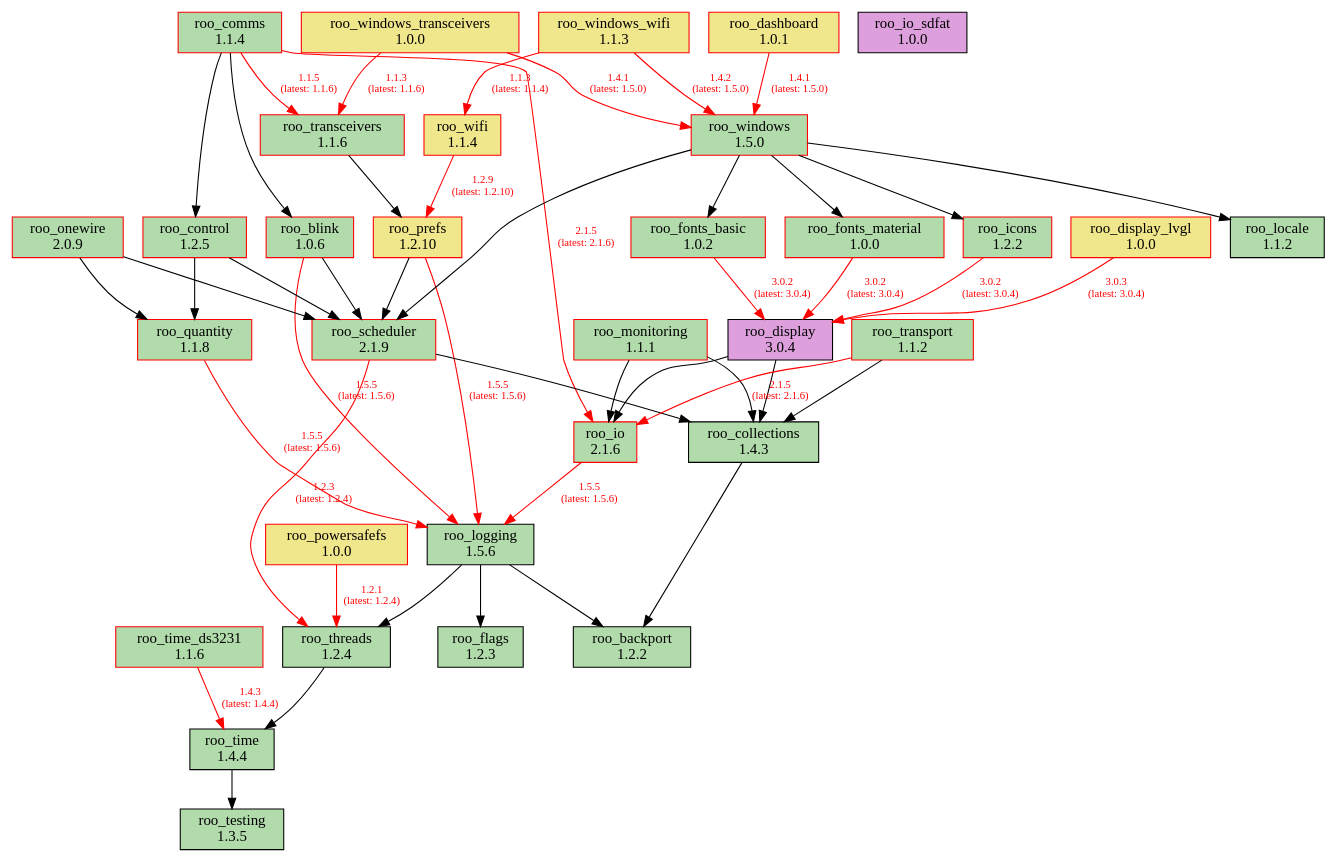
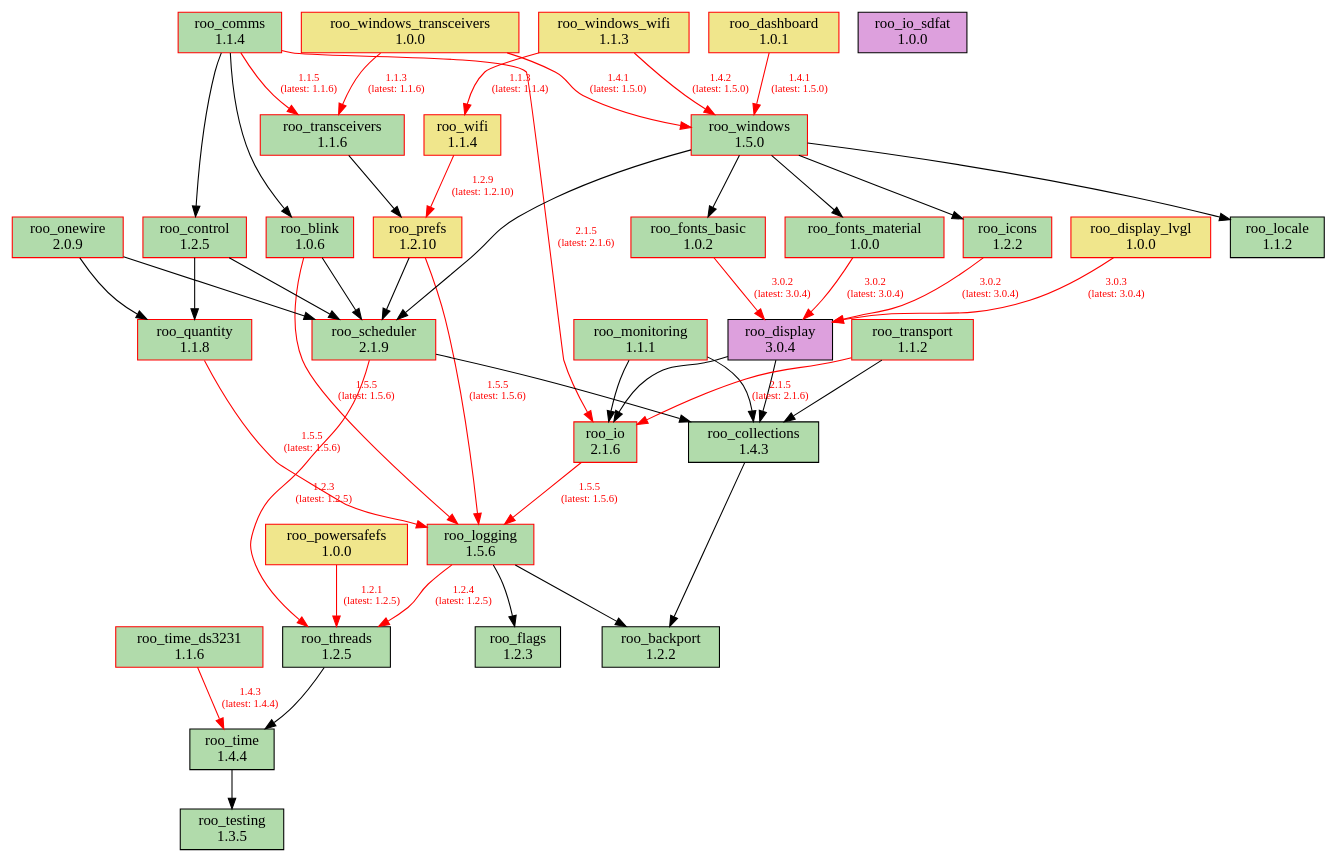
The diagram in doc/dependencies.dot (dejwk/roo-registry), drawn with Graphviz before and after one commit. The commit also changed 3 other files, not shown here.

Commit message:
Added roo_threads 1.2.5 to the registry.

```diff
--- a/doc/dependencies.dot
+++ b/doc/dependencies.dot
@@ -1,87 +1,87 @@
 digraph dependencies {
     rankdir=TB;
     node [shape=box, style=filled];
     edge [fontsize=10];
 
     // Modules
     "roo_backport" [label="roo_backport\n1.2.2", fillcolor="#b1dbab", color="black"];
     "roo_blink" [label="roo_blink\n1.0.6", fillcolor="#b1dbab", color="red"];
     "roo_collections" [label="roo_collections\n1.4.3", fillcolor="#b1dbab", color="black"];
     "roo_comms" [label="roo_comms\n1.1.4", fillcolor="#b1dbab", color="red"];
     "roo_control" [label="roo_control\n1.2.5", fillcolor="#b1dbab", color="red"];
     "roo_dashboard" [label="roo_dashboard\n1.0.1", fillcolor="khaki", color="red"];
     "roo_display" [label="roo_display\n3.0.4", fillcolor="plum", color="black"];
     "roo_display_lvgl" [label="roo_display_lvgl\n1.0.0", fillcolor="khaki", color="red"];
     "roo_flags" [label="roo_flags\n1.2.3", fillcolor="#b1dbab", color="black"];
     "roo_fonts_basic" [label="roo_fonts_basic\n1.0.2", fillcolor="#b1dbab", color="red"];
     "roo_fonts_material" [label="roo_fonts_material\n1.0.0", fillcolor="#b1dbab", color="red"];
     "roo_icons" [label="roo_icons\n1.2.2", fillcolor="#b1dbab", color="red"];
     "roo_io" [label="roo_io\n2.1.6", fillcolor="#b1dbab", color="red"];
     "roo_io_sdfat" [label="roo_io_sdfat\n1.0.0", fillcolor="plum", color="black"];
     "roo_locale" [label="roo_locale\n1.1.2", fillcolor="#b1dbab", color="black"];
-    "roo_logging" [label="roo_logging\n1.5.6", fillcolor="#b1dbab", color="black"];
+    "roo_logging" [label="roo_logging\n1.5.6", fillcolor="#b1dbab", color="red"];
     "roo_monitoring" [label="roo_monitoring\n1.1.1", fillcolor="#b1dbab", color="red"];
     "roo_onewire" [label="roo_onewire\n2.0.9", fillcolor="#b1dbab", color="red"];
     "roo_powersafefs" [label="roo_powersafefs\n1.0.0", fillcolor="khaki", color="red"];
     "roo_prefs" [label="roo_prefs\n1.2.10", fillcolor="khaki", color="red"];
     "roo_quantity" [label="roo_quantity\n1.1.8", fillcolor="#b1dbab", color="red"];
     "roo_scheduler" [label="roo_scheduler\n2.1.9", fillcolor="#b1dbab", color="red"];
     "roo_testing" [label="roo_testing\n1.3.5", fillcolor="#b1dbab", color="black"];
-    "roo_threads" [label="roo_threads\n1.2.4", fillcolor="#b1dbab", color="black"];
+    "roo_threads" [label="roo_threads\n1.2.5", fillcolor="#b1dbab", color="black"];
     "roo_time" [label="roo_time\n1.4.4", fillcolor="#b1dbab", color="black"];
     "roo_time_ds3231" [label="roo_time_ds3231\n1.1.6", fillcolor="#b1dbab", color="red"];
     "roo_transceivers" [label="roo_transceivers\n1.1.6", fillcolor="#b1dbab", color="red"];
     "roo_transport" [label="roo_transport\n1.1.2", fillcolor="#b1dbab", color="red"];
     "roo_wifi" [label="roo_wifi\n1.1.4", fillcolor="khaki", color="red"];
     "roo_windows" [label="roo_windows\n1.5.0", fillcolor="#b1dbab", color="red"];
     "roo_windows_transceivers" [label="roo_windows_transceivers\n1.0.0", fillcolor="khaki", color="red"];
     "roo_windows_wifi" [label="roo_windows_wifi\n1.1.3", fillcolor="khaki", color="red"];
 
     // Dependencies
     "roo_blink" -> "roo_logging" [color=red, fontcolor=red, label="1.5.5\n(latest: 1.5.6)"];
     "roo_blink" -> "roo_scheduler";
     "roo_collections" -> "roo_backport";
     "roo_comms" -> "roo_blink";
     "roo_comms" -> "roo_control";
     "roo_comms" -> "roo_io" [color=red, fontcolor=red, label="2.1.5\n(latest: 2.1.6)"];
     "roo_comms" -> "roo_transceivers" [color=red, fontcolor=red, label="1.1.5\n(latest: 1.1.6)"];
     "roo_control" -> "roo_quantity";
     "roo_control" -> "roo_scheduler";
     "roo_dashboard" -> "roo_windows" [color=red, fontcolor=red, label="1.4.1\n(latest: 1.5.0)"];
     "roo_display" -> "roo_collections";
     "roo_display" -> "roo_io";
     "roo_display_lvgl" -> "roo_display" [color=red, fontcolor=red, label="3.0.3\n(latest: 3.0.4)"];
     "roo_fonts_basic" -> "roo_display" [color=red, fontcolor=red, label="3.0.2\n(latest: 3.0.4)"];
     "roo_fonts_material" -> "roo_display" [color=red, fontcolor=red, label="3.0.2\n(latest: 3.0.4)"];
     "roo_icons" -> "roo_display" [color=red, fontcolor=red, label="3.0.2\n(latest: 3.0.4)"];
     "roo_io" -> "roo_logging" [color=red, fontcolor=red, label="1.5.5\n(latest: 1.5.6)"];
     "roo_logging" -> "roo_backport";
     "roo_logging" -> "roo_flags";
-    "roo_logging" -> "roo_threads";
+    "roo_logging" -> "roo_threads" [color=red, fontcolor=red, label="1.2.4\n(latest: 1.2.5)"];
     "roo_monitoring" -> "roo_collections";
     "roo_monitoring" -> "roo_io";
     "roo_onewire" -> "roo_scheduler";
     "roo_onewire" -> "roo_quantity";
-    "roo_powersafefs" -> "roo_threads" [color=red, fontcolor=red, label="1.2.1\n(latest: 1.2.4)"];
+    "roo_powersafefs" -> "roo_threads" [color=red, fontcolor=red, label="1.2.1\n(latest: 1.2.5)"];
     "roo_prefs" -> "roo_logging" [color=red, fontcolor=red, label="1.5.5\n(latest: 1.5.6)"];
     "roo_prefs" -> "roo_scheduler";
     "roo_quantity" -> "roo_logging" [color=red, fontcolor=red, label="1.5.5\n(latest: 1.5.6)"];
     "roo_scheduler" -> "roo_collections";
-    "roo_scheduler" -> "roo_threads" [color=red, fontcolor=red, label="1.2.3\n(latest: 1.2.4)"];
+    "roo_scheduler" -> "roo_threads" [color=red, fontcolor=red, label="1.2.3\n(latest: 1.2.5)"];
     "roo_threads" -> "roo_time";
     "roo_time" -> "roo_testing";
     "roo_time_ds3231" -> "roo_time" [color=red, fontcolor=red, label="1.4.3\n(latest: 1.4.4)"];
     "roo_transceivers" -> "roo_prefs";
     "roo_transport" -> "roo_collections";
     "roo_transport" -> "roo_io" [color=red, fontcolor=red, label="2.1.5\n(latest: 2.1.6)"];
     "roo_wifi" -> "roo_prefs" [color=red, fontcolor=red, label="1.2.9\n(latest: 1.2.10)"];
     "roo_windows" -> "roo_fonts_basic";
     "roo_windows" -> "roo_fonts_material";
     "roo_windows" -> "roo_locale";
     "roo_windows" -> "roo_icons";
     "roo_windows" -> "roo_scheduler";
     "roo_windows_transceivers" -> "roo_transceivers" [color=red, fontcolor=red, label="1.1.3\n(latest: 1.1.6)"];
     "roo_windows_transceivers" -> "roo_windows" [color=red, fontcolor=red, label="1.4.1\n(latest: 1.5.0)"];
     "roo_windows_wifi" -> "roo_wifi" [color=red, fontcolor=red, label="1.1.3\n(latest: 1.1.4)"];
     "roo_windows_wifi" -> "roo_windows" [color=red, fontcolor=red, label="1.4.2\n(latest: 1.5.0)"];
 }
```
